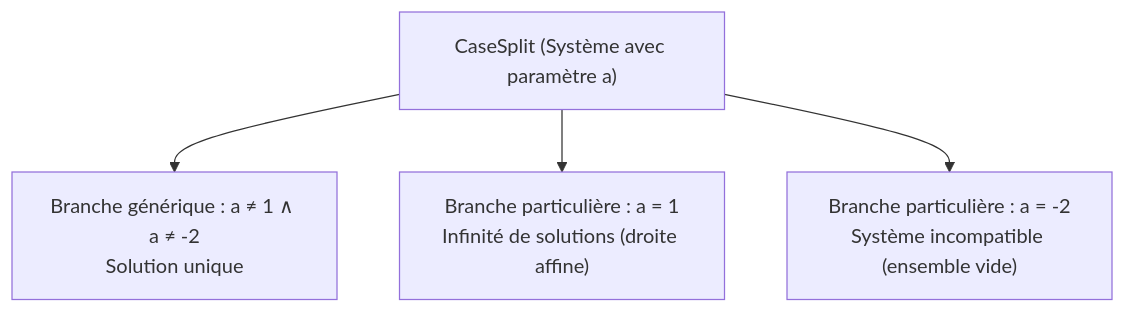
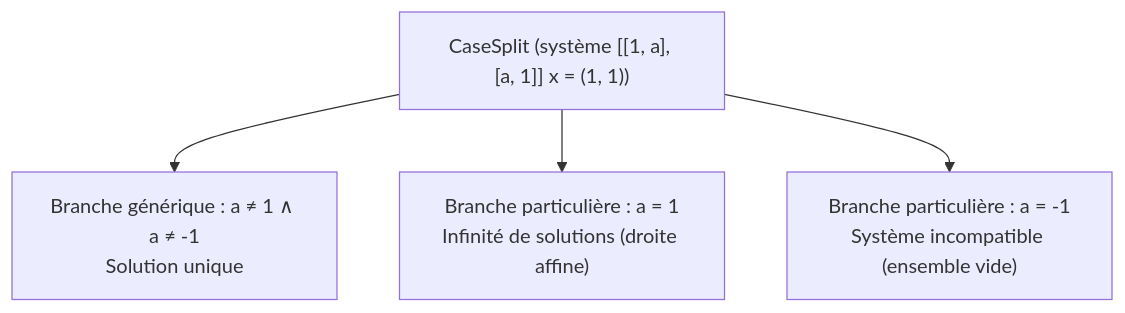
Before and after one commit to liouai-digital-education/linalg-pedagopy: the second of 2 diagrams in docs/01_core_and_formal_computation.md, drawn with Mermaid. The commit also changed other lines of this file and 19 other files, not shown here.

````diff
--- a/docs/01_core_and_formal_computation.md
+++ b/docs/01_core_and_formal_computation.md
@@ -172,7 +175,7 @@
 ```mermaid
 flowchart TD
-    CS["CaseSplit (Système avec paramètre a)"]
-    CS --> B1["Branche générique : a ≠ 1 ∧ a ≠ -2<br/>Solution unique"]
+    CS["CaseSplit (système [[1, a], [a, 1]] x = (1, 1))"]
+    CS --> B1["Branche générique : a ≠ 1 ∧ a ≠ -1<br/>Solution unique"]
     CS --> B2["Branche particulière : a = 1<br/>Infinité de solutions (droite affine)"]
-    CS --> B3["Branche particulière : a = -2<br/>Système incompatible (ensemble vide)"]
+    CS --> B3["Branche particulière : a = -1<br/>Système incompatible (ensemble vide)"]
 ```
````
